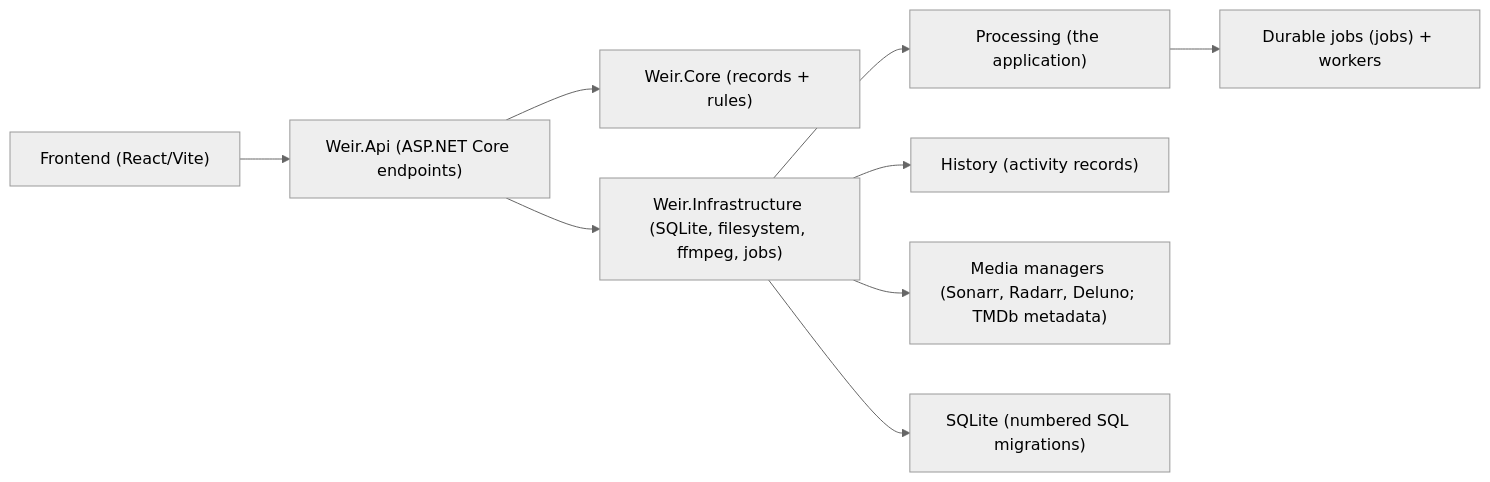
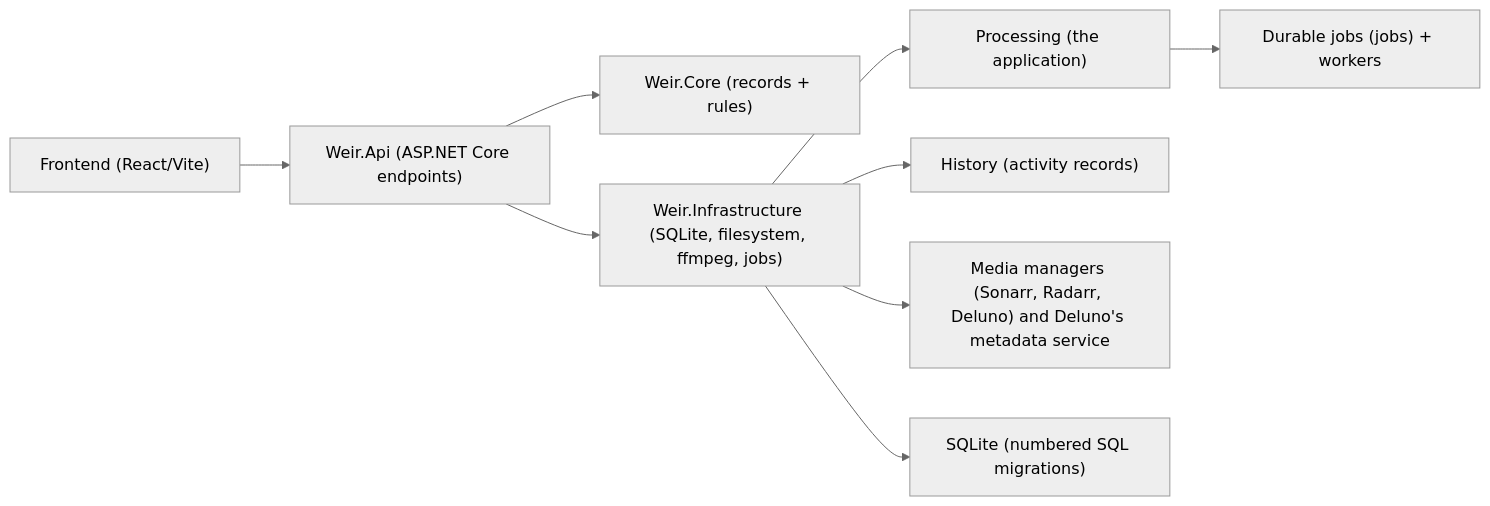
One commit to jampat000/Weir changed the first of 2 diagrams in docs-site/docs/architecture/overview.md. Above: the diagram before and after it, drawn with Mermaid (neutral theme). The commit also changed 7 other files, not shown here.

````diff
--- a/docs-site/docs/architecture/overview.md
+++ b/docs-site/docs/architecture/overview.md
@@ -21,11 +21,11 @@
 ```mermaid
 flowchart LR
   UI["Frontend (React/Vite)"] --> API["Weir.Api (ASP.NET Core endpoints)"]
   API --> Core["Weir.Core (records + rules)"]
   API --> Infra["Weir.Infrastructure (SQLite, filesystem, ffmpeg, jobs)"]
   Infra --> Processing["Processing (the application)"]
   Infra --> History["History (activity records)"]
-  Infra --> Integrations["Media managers (Sonarr, Radarr, Deluno; TMDb metadata)"]
+  Infra --> Integrations["Media managers (Sonarr, Radarr, Deluno) and Deluno's metadata service"]
   Infra --> DB["SQLite (numbered SQL migrations)"]
   Processing --> Jobs["Durable jobs (jobs) + workers"]
 ```
````
